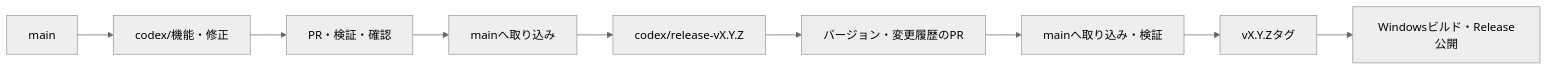
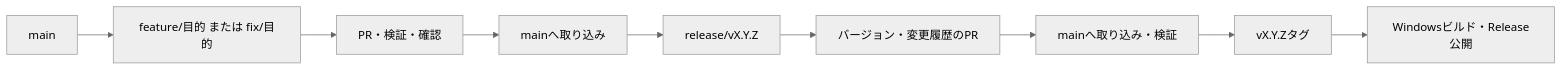
The diagram in docs/branching.md (k-zshiba/Gradia), drawn with Mermaid (neutral theme) before and after one commit. The commit also changed other lines of this file and 3 other files, not shown here.

First line of the commit message:
Distinguish feature, fix and release branches by their purpose

````diff
--- a/docs/branching.md
+++ b/docs/branching.md
@@ -14,11 +22,11 @@
 ```mermaid
 flowchart LR
-  M[main] --> F[codex/機能・修正]
+  M[main] --> F["feature/目的 または fix/目的"]
   F --> P[PR・検証・確認]
   P --> M2[mainへ取り込み]
-  M2 --> R[codex/release-vX.Y.Z]
+  M2 --> R[release/vX.Y.Z]
   R --> RP[バージョン・変更履歴のPR]
   RP --> M3[mainへ取り込み・検証]
   M3 --> T[vX.Y.Zタグ]
   T --> B[Windowsビルド・Release公開]
 ```
````
